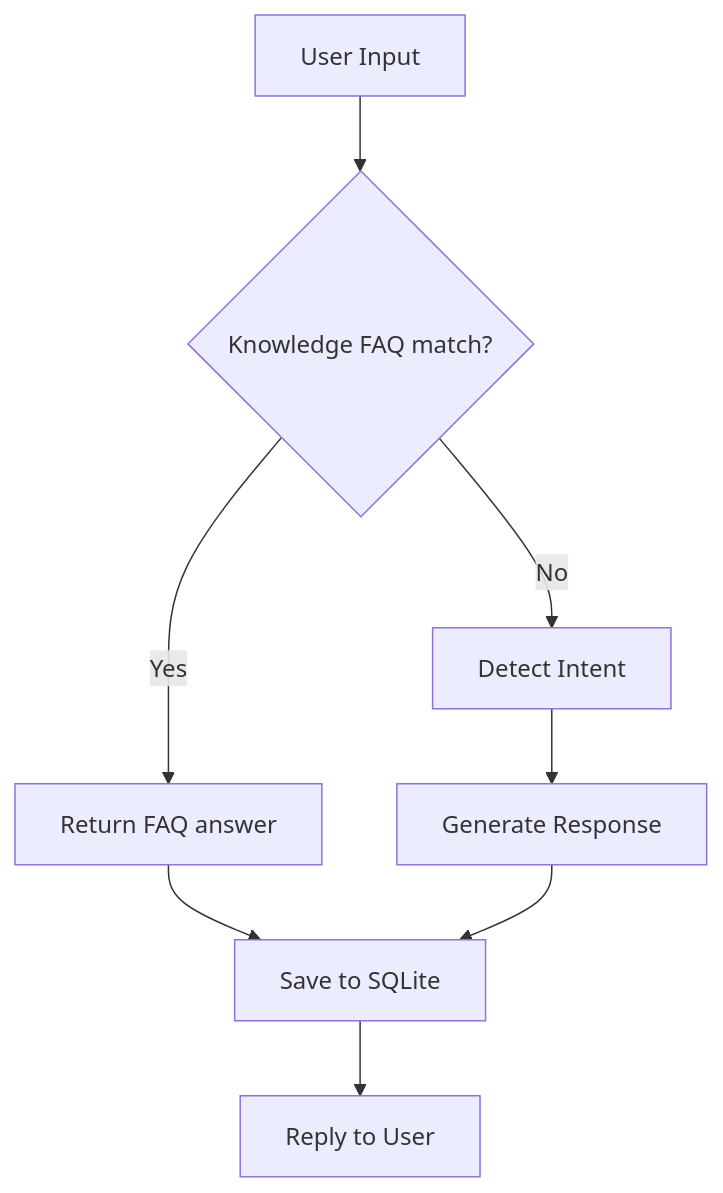
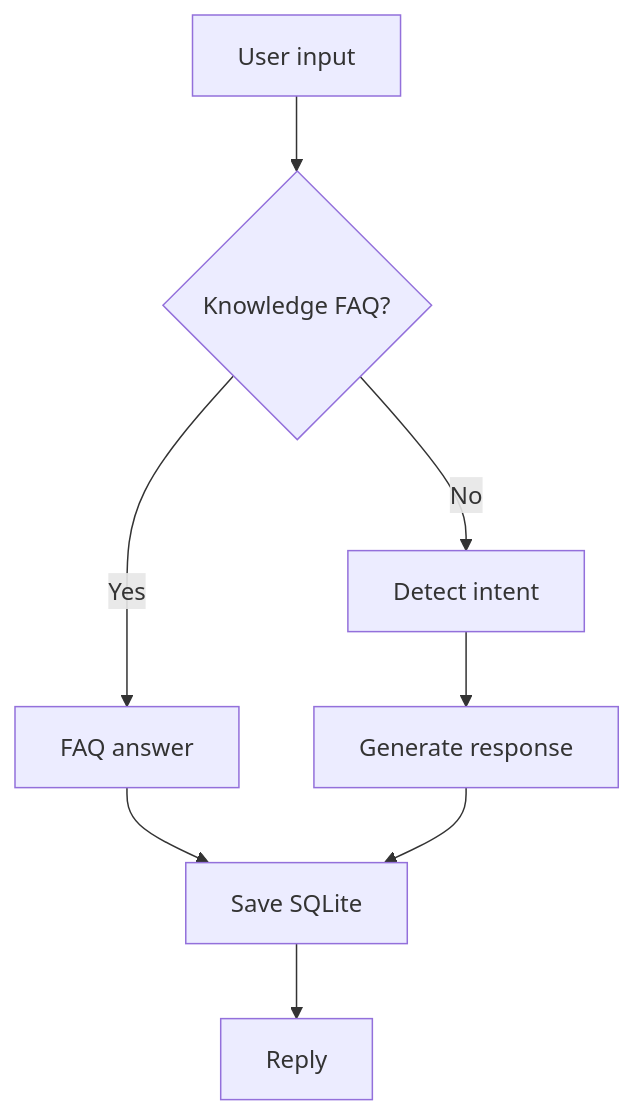
Before and after one commit to nikhilamaragani-jpg/ai-driven-chatbot-smart-tourism: the diagram in docs/DEMO.md, drawn with Mermaid. The commit also changed other lines of this file and 5 other files, not shown here.

Commit message:
docs: elite student-focused README (problem, architecture, run, scope)

````diff
--- a/docs/DEMO.md
+++ b/docs/DEMO.md
@@ -41,10 +23,10 @@
 ```mermaid
 flowchart TD
-  A[User Input] --> B{Knowledge FAQ match?}
-  B -->|Yes| C[Return FAQ answer]
-  B -->|No| D[Detect Intent]
-  D --> E[Generate Response]
-  C --> F[Save to SQLite]
+  A[User input] --> B{Knowledge FAQ?}
+  B -->|Yes| C[FAQ answer]
+  B -->|No| D[Detect intent]
+  D --> E[Generate response]
+  C --> F[Save SQLite]
   E --> F
-  F --> G[Reply to User]
+  F --> G[Reply]
 ```
````
